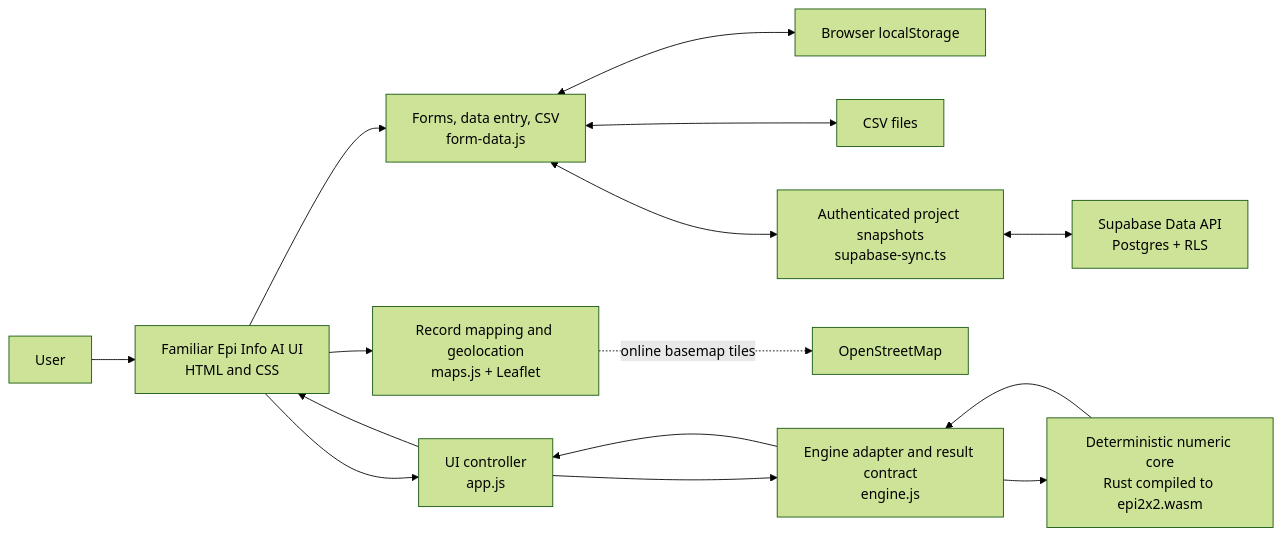
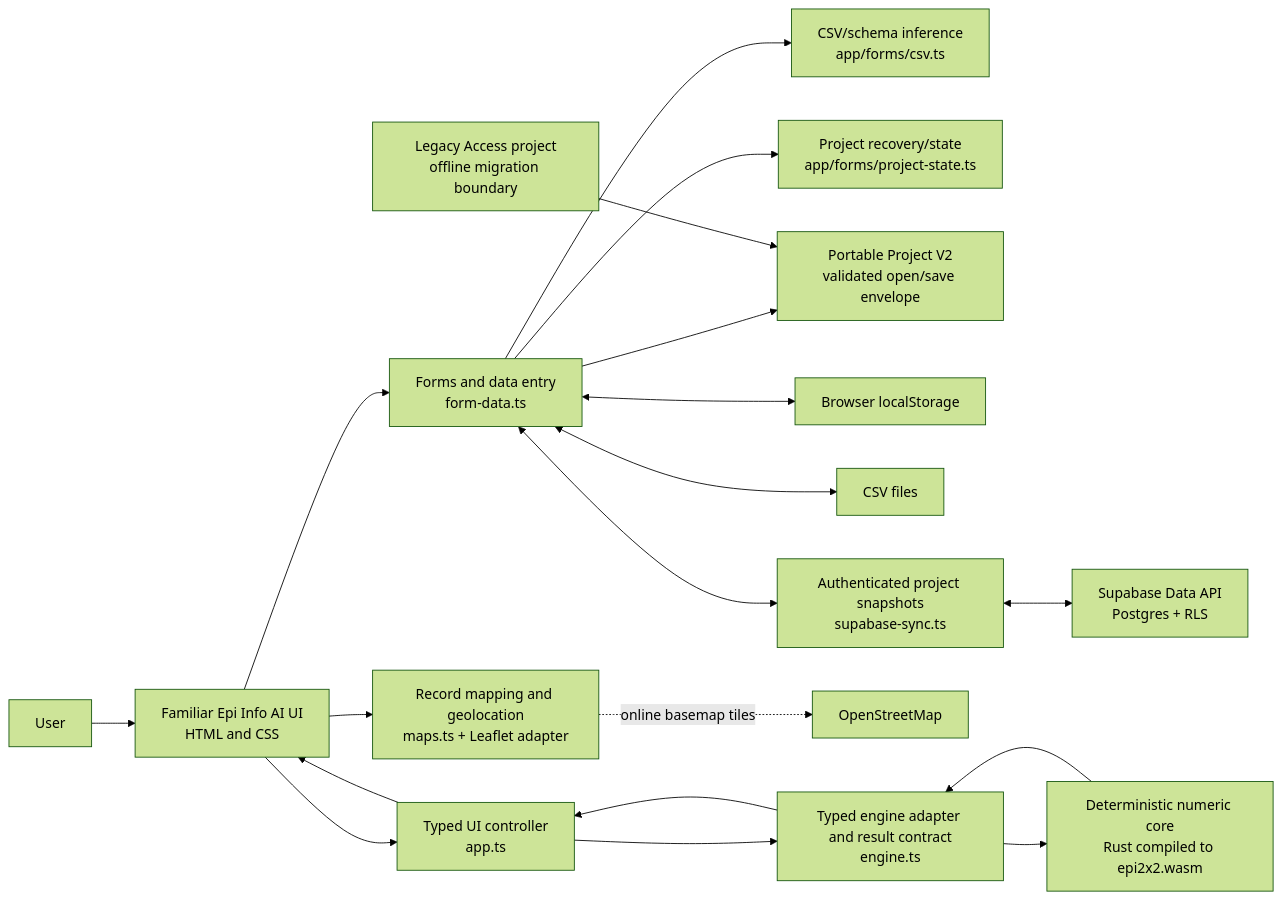
The second of 2 diagrams in wasm/architecture.md (epi-info-ai/epi-info-ai), drawn with Mermaid (forest theme) before and after one commit. The commit also changed other lines of this file and 72 other files, not shown here.

````diff
--- a/wasm/architecture.md
+++ b/wasm/architecture.md
@@ -218,17 +271,21 @@
 ```mermaid
 flowchart LR
     U["User"] --> UI["Familiar Epi Info AI UI<br/>HTML and CSS"]
-    UI --> APP["UI controller<br/>app.js"]
-    UI --> DATA["Forms, data entry, CSV<br/>form-data.js"]
+    UI --> APP["Typed UI controller<br/>app.ts"]
+    UI --> DATA["Forms and data entry<br/>form-data.ts"]
+    DATA --> CSVTS["CSV/schema inference<br/>app/forms/csv.ts"]
+    DATA --> PROJECTTS["Project recovery/state<br/>app/forms/project-state.ts"]
+    DATA --> PACKAGE["Portable Project V2<br/>validated open/save envelope"]
+    ACCESS["Legacy Access project<br/>offline migration boundary"] --> PACKAGE
     DATA <--> STORE["Browser localStorage"]
     DATA <--> CSV["CSV files"]
     DATA <--> SYNC["Authenticated project snapshots<br/>supabase-sync.ts"]
     SYNC <--> SUPABASE["Supabase Data API<br/>Postgres + RLS"]
-    UI --> MAPS["Record mapping and geolocation<br/>maps.js + Leaflet"]
+    UI --> MAPS["Record mapping and geolocation<br/>maps.ts + Leaflet adapter"]
     MAPS -. "online basemap tiles" .-> OSM["OpenStreetMap"]
-    APP --> ADAPTER["Engine adapter and result contract<br/>engine.js"]
+    APP --> ADAPTER["Typed engine adapter and result contract<br/>engine.ts"]
     ADAPTER --> WASM["Deterministic numeric core<br/>Rust compiled to epi2x2.wasm"]
     WASM --> ADAPTER
     ADAPTER --> APP
     APP --> UI
 ```
````
